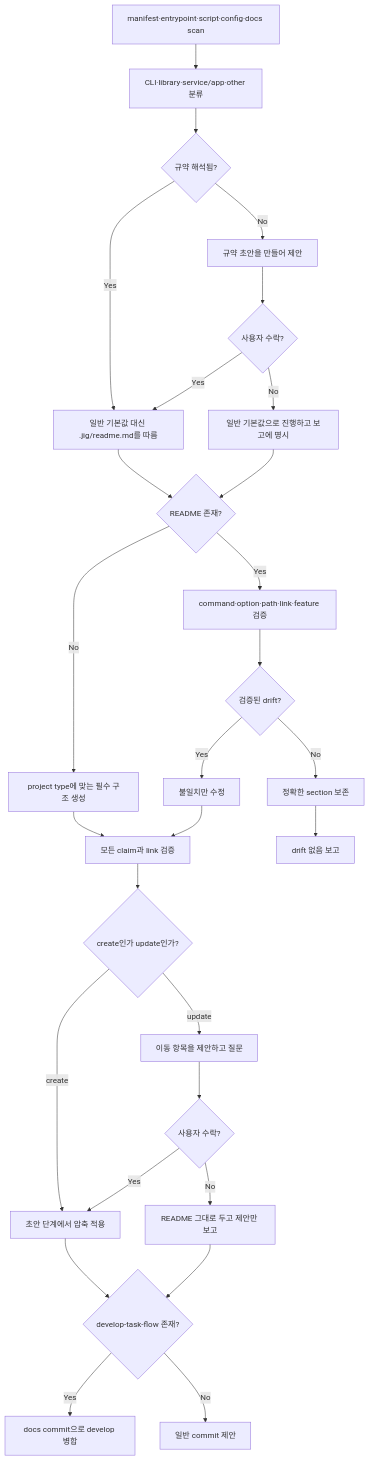
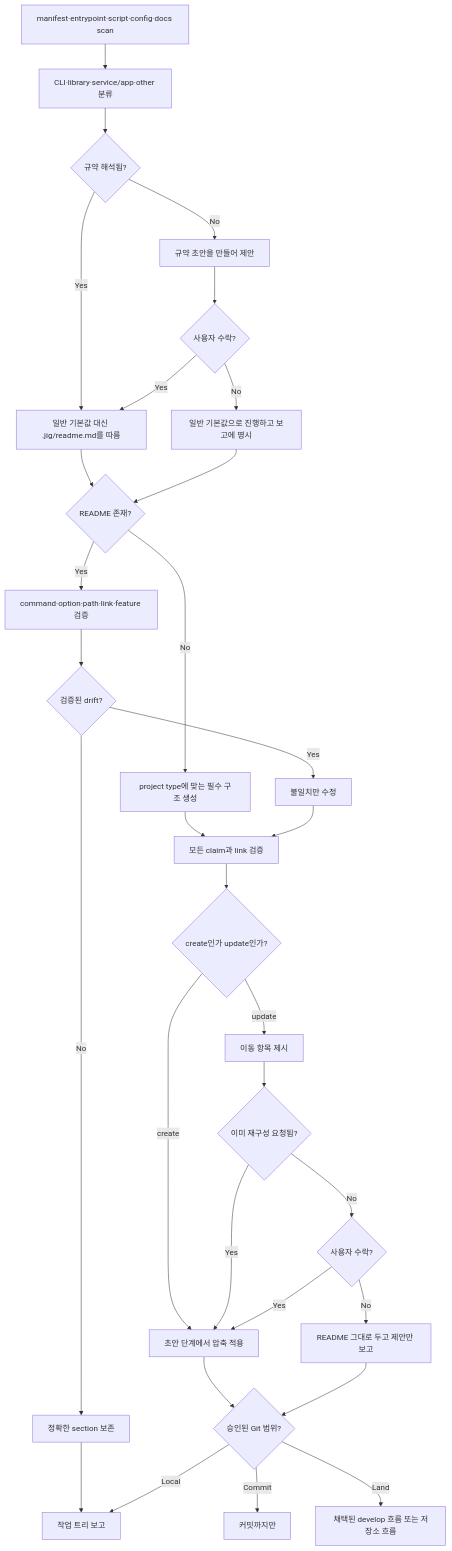
One commit to 0x0w1/jig changed the diagram in docs/ko/skills/readme.md. Above: the diagram before and after it, drawn with Mermaid. The commit also changed other lines of this file and 71 other files, not shown here.

````diff
--- a/docs/ko/skills/readme.md
+++ b/docs/ko/skills/readme.md
@@ -23,30 +23,33 @@
 ```mermaid
 flowchart TD
     Scan[manifest·entrypoint·script·config·docs scan] --> Type[CLI·library·service/app·other 분류]
     Type --> Profile{규약 해석됨?}
     Profile -- Yes --> Follow[일반 기본값 대신 .jig/readme.md를 따름]
     Profile -- No --> Offer[규약 초안을 만들어 제안]
     Offer --> Written{사용자 수락?}
     Written -- Yes --> Follow
     Written -- No --> Defaults[일반 기본값으로 진행하고 보고에 명시]
     Follow --> Exists{README 존재?}
     Defaults --> Exists
     Exists -- No --> Create[project type에 맞는 필수 구조 생성]
     Exists -- Yes --> Audit[command·option·path·link·feature 검증]
     Audit --> Drift{검증된 drift?}
     Drift -- Yes --> Fix[불일치만 수정]
     Drift -- No --> Preserve[정확한 section 보존]
     Create --> Validate[모든 claim과 link 검증]
     Fix --> Validate
     Preserve --> Report[drift 없음 보고]
     Validate --> Compress{create인가 update인가?}
     Compress -- create --> Applied[초안 단계에서 압축 적용]
-    Compress -- update --> Proposal[이동 항목을 제안하고 질문]
-    Proposal --> Answer{사용자 수락?}
+    Compress -- update --> Proposal[이동 항목 제시]
+    Proposal --> Already{이미 재구성 요청됨?}
+    Already -- Yes --> Applied
+    Already -- No --> Answer{사용자 수락?}
     Answer -- Yes --> Applied
     Answer -- No --> Kept[README 그대로 두고 제안만 보고]
-    Applied --> Flow{develop-task-flow 존재?}
+    Applied --> Flow{승인된 Git 범위?}
     Kept --> Flow
-    Flow -- Yes --> Merge[docs commit으로 develop 병합]
-    Flow -- No --> Propose[일반 commit 제안]
+    Flow -- Local --> Report[작업 트리 보고]
+    Flow -- Commit --> Commit[커밋까지만]
+    Flow -- Land --> Merge[채택된 develop 흐름 또는 저장소 흐름]
 ```
````
